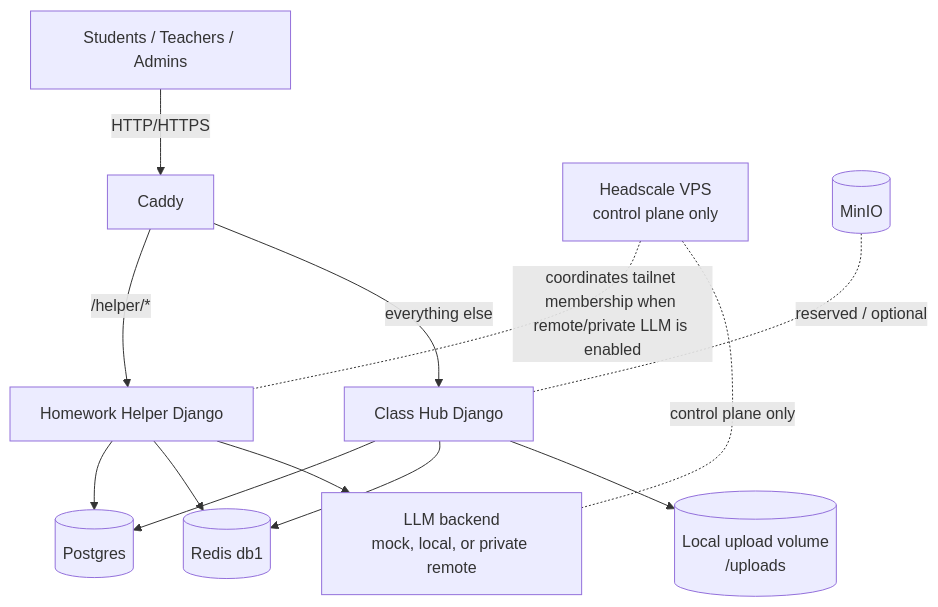
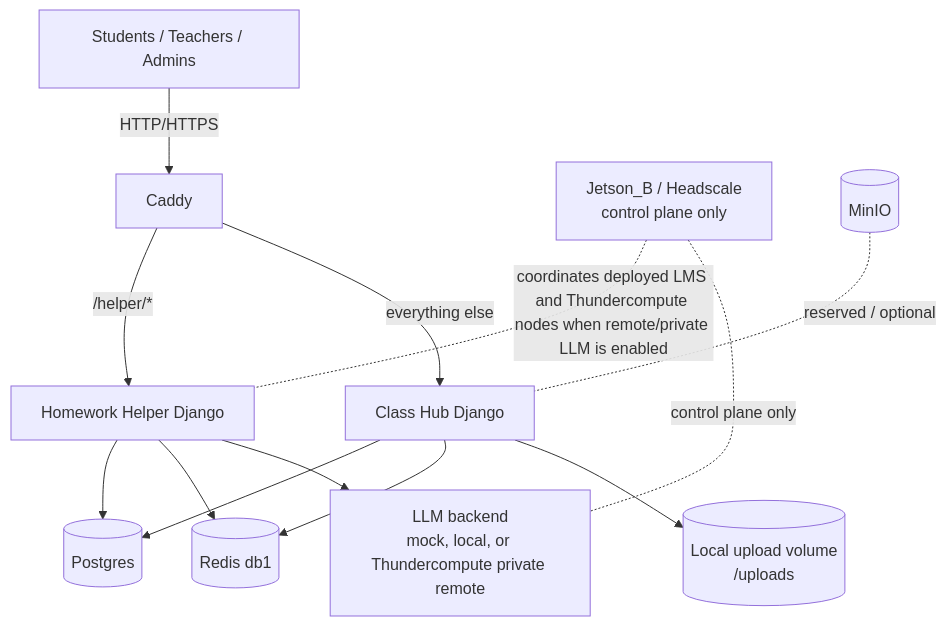
The first of 6 diagrams in docs/ARCHITECTURE.md (bseverns/classhub), drawn with Mermaid before and after one commit. The commit also changed other lines of this file and 32 other files, not shown here.

Commit message:
Jetson-B headscale role

````diff
--- a/docs/ARCHITECTURE.md
+++ b/docs/ARCHITECTURE.md
@@ -10,20 +10,20 @@
 ```mermaid
 flowchart TD
   U[Students / Teachers / Admins] -->|HTTP/HTTPS| C[Caddy]
   C -->|/helper/*| H[Homework Helper Django]
   C -->|everything else| W[Class Hub Django]
 
   W --> P[(Postgres)]
   H --> P
   W --> R[(Redis db0)]
   H --> R[(Redis db1)]
 
   W --> F[(Local upload volume<br/>/uploads)]
-  H --> L[LLM backend<br/>mock, local, or private remote]
-  HS[Headscale VPS<br/>control plane only]
+  H --> L[LLM backend<br/>mock, local, or Thundercompute private remote]
+  HS[Jetson_B / Headscale<br/>control plane only]
 
-  HS -. coordinates tailnet membership when remote/private LLM is enabled .- H
+  HS -. coordinates deployed LMS and Thundercompute nodes when remote/private LLM is enabled .- H
   HS -. control plane only .- L
 
   M[(MinIO)] -. reserved / optional .- W
 ```
````
